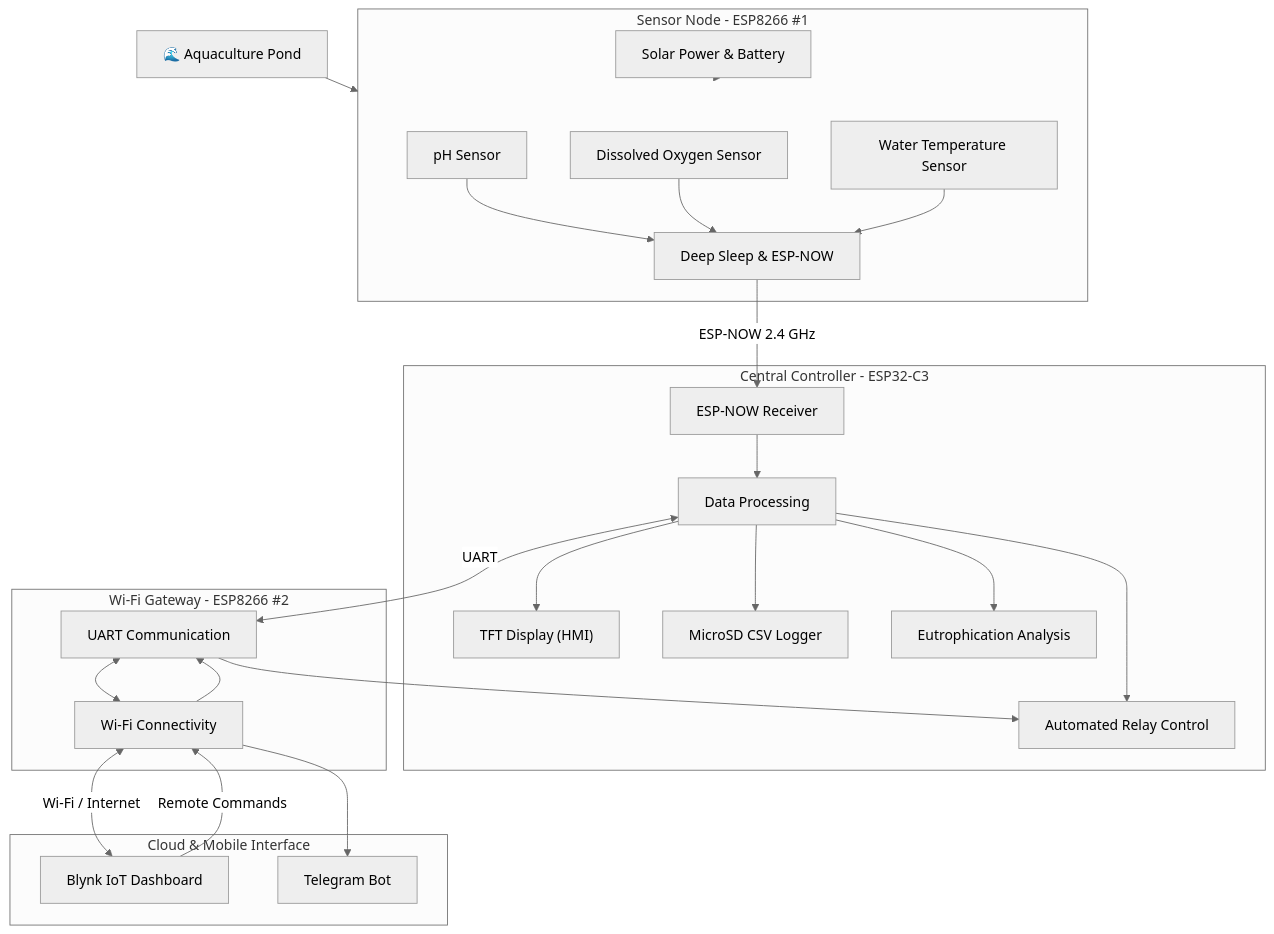
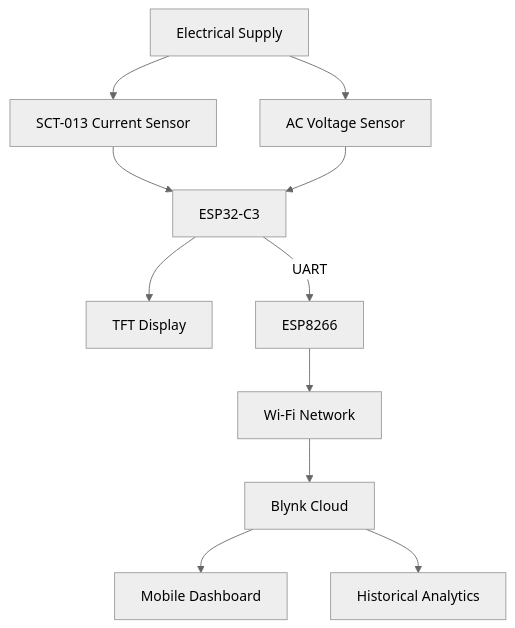
One commit to Willowwilson78-hub/ESP32_Power_Monitor changed the first of 3 diagrams in README.md. Above: the diagram before and after it, drawn with Mermaid (neutral theme). The commit also changed other lines of this file, not shown here.

````diff
--- a/README.md
+++ b/README.md
@@ -51,54 +47,20 @@
 ```mermaid
 flowchart TD
-    A["🌊 Aquaculture Pond"]
 
-    subgraph SENSOR["Sensor Node - ESP8266 #1"]
-        B["pH Sensor"]
-        C["Dissolved Oxygen Sensor"]
-        D["Water Temperature Sensor"]
-        E["Solar Power & Battery"]
-        F["Deep Sleep & ESP-NOW"]
-    end
+A[Electrical Supply] --> B[SCT-013 Current Sensor]
+A --> C[AC Voltage Sensor]
 
-    subgraph CENTRAL["Central Controller - ESP32-C3"]
-        G["ESP-NOW Receiver"]
-        H["Data Processing"]
-        I["TFT Display (HMI)"]
-        J["MicroSD CSV Logger"]
-        K["Automated Relay Control"]
-        L["Eutrophication Analysis"]
-    end
+B --> D[ESP32-C3]
+C --> D
 
-    subgraph GATEWAY["Wi-Fi Gateway - ESP8266 #2"]
-        M["UART Communication"]
-        N["Wi-Fi Connectivity"]
-    end
+D --> E[TFT Display]
 
-    subgraph CLOUD["Cloud & Mobile Interface"]
-        O["Blynk IoT Dashboard"]
-        P["Telegram Bot"]
-    end
+D -->|UART| F[ESP8266]
 
-    A --> SENSOR
-    B --> F
-    C --> F
-    D --> F
-    E --> SENSOR
+F --> G[Wi-Fi Network]
 
-    F -->|"ESP-NOW 2.4 GHz"| G
+G --> H[Blynk Cloud]
 
-    G --> H
-    H --> I
-    H --> J
-    H --> K
-    H --> L
-
-    H <-->|"UART"| M
-    M <--> N
-    N <-->|"Wi-Fi / Internet"| O
-    N --> P
-
-    O -->|"Remote Commands"| N
-    N --> M
-    M --> K
+H --> I[Mobile Dashboard]
+H --> J[Historical Analytics]
 ```
````
